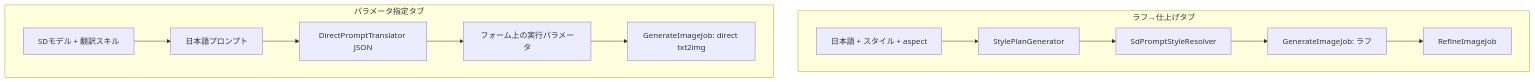
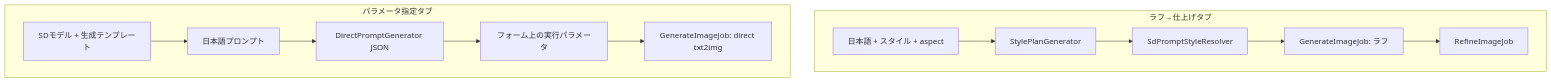
Before and after one commit to KBMemo/nyoy: the diagram in docs/architecture/parameter-tab-image-generation.md, drawn with Mermaid. The commit also changed other lines of this file and 20 other files, not shown here.

````diff
--- a/docs/architecture/parameter-tab-image-generation.md
+++ b/docs/architecture/parameter-tab-image-generation.md
@@ -36,20 +36,20 @@
 ```mermaid
 flowchart TB
   subgraph draft_tab[ラフ→仕上げタブ]
     D1[日本語 + スタイル + aspect]
     D2[StylePlanGenerator]
     D3[SdPromptStyleResolver]
     D4[GenerateImageJob: ラフ]
     D5[RefineImageJob]
     D1 --> D2 --> D3 --> D4 --> D5
   end
 
   subgraph direct_tab[パラメータ指定タブ]
-    P1[SDモデル + 翻訳スキル]
+    P1[SDモデル + 生成テンプレート]
     P2[日本語プロンプト]
-    P3[DirectPromptTranslator JSON]
+    P3[DirectPromptGenerator JSON]
     P4[フォーム上の実行パラメータ]
     P5[GenerateImageJob: direct txt2img]
     P1 --> P2 --> P3 --> P4 --> P5
   end
 ```
````
